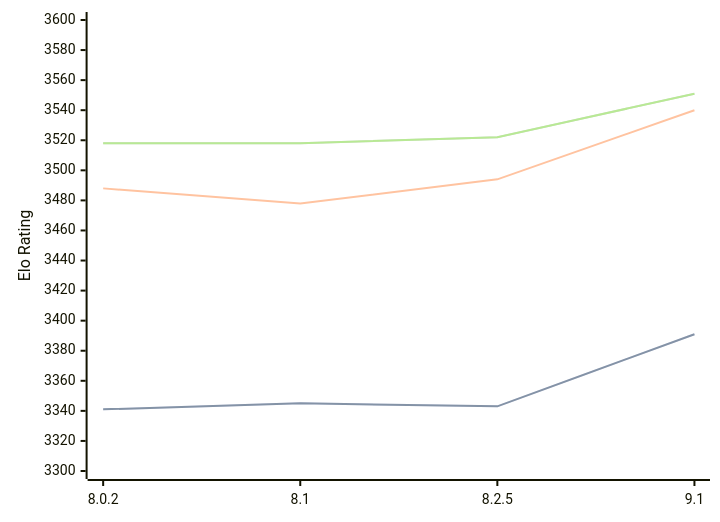
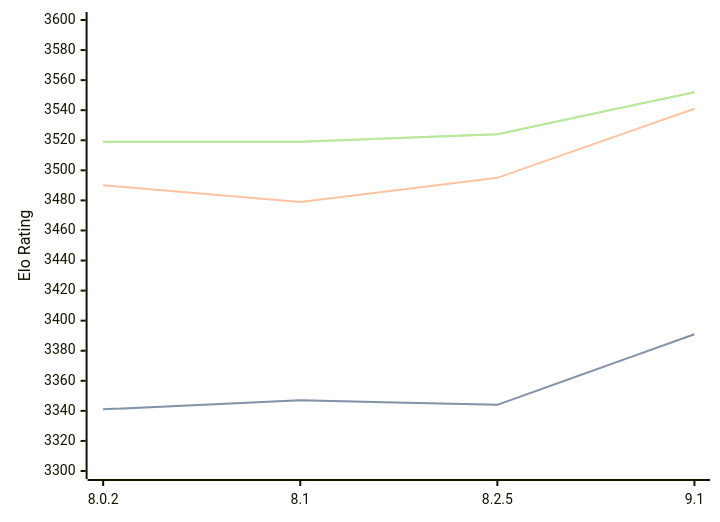
The diagram in engines/Clover.md (computer-chess-index/cci), drawn with Mermaid before and after one commit. The commit also changed other lines of this file, not shown here.

Commit message:
Update CCI Ratings (ELO VLTC) - 2026-09-13

````diff
--- a/engines/Clover.md
+++ b/engines/Clover.md
@@ -35,11 +35,11 @@
 ```mermaid
 %%{init: {"theme":"base","themeVariables":{"seriesColors:['#a3a3a3','#222221','#faa371']}}}%%
 xychart-beta
   x-axis ["8.0.2", "8.1", "8.2.5", "9.1"]
   y-axis "Elo Rating" 3300 --> 3600
-  line "" [3341, 3345, 3343, 3391]
-  line "STC (8.0+0.08s)" [3341, 3345, 3343, 3391]
-  line "LTC (60.0+0.60s)" [3488, 3478, 3494, 3540]
-  line "" [3518, 3518, 3522, 3551]
-  line "VLTC (2m24s+1.12s)" [3518, 3518, 3522, 3551]
+  line "" [3341, 3347, 3344, 3391]
+  line "STC (8.0+0.08s)" [3341, 3347, 3344, 3391]
+  line "LTC (60.0+0.60s)" [3490, 3479, 3495, 3541]
+  line "" [3519, 3519, 3524, 3552]
+  line "VLTC (2m24s+1.12s)" [3519, 3519, 3524, 3552]
 ```
````
